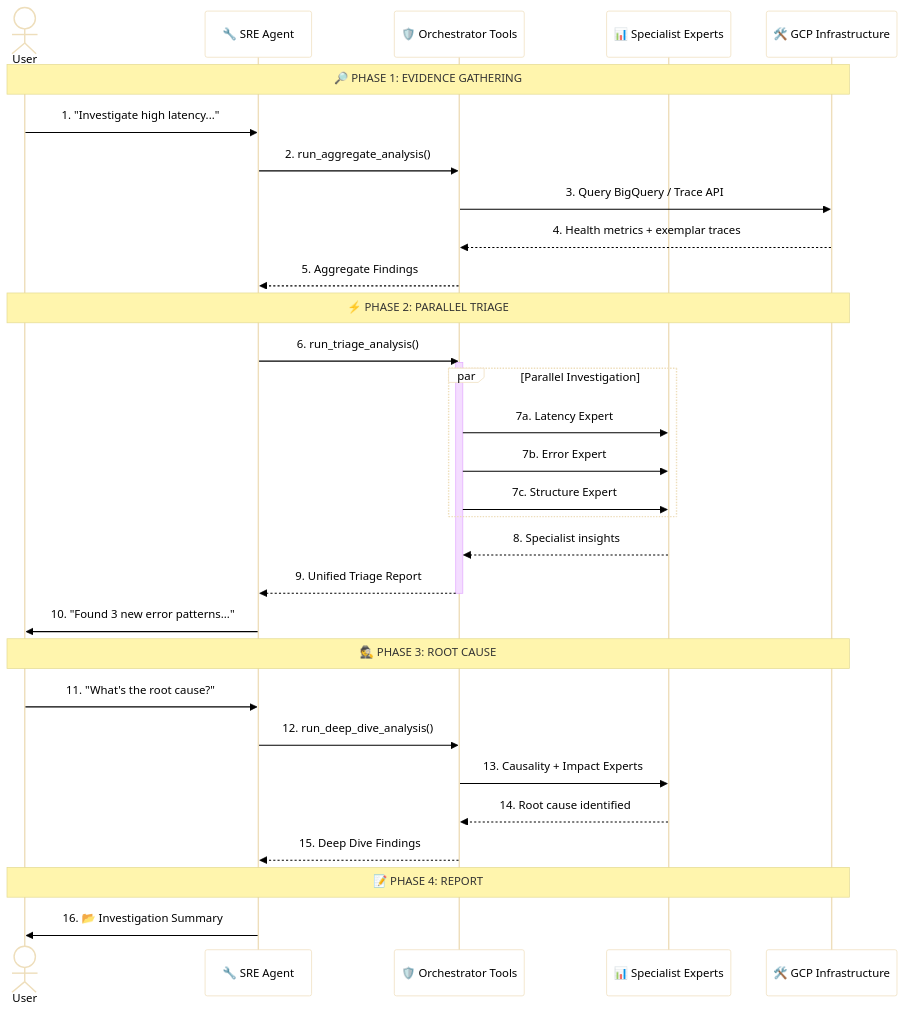
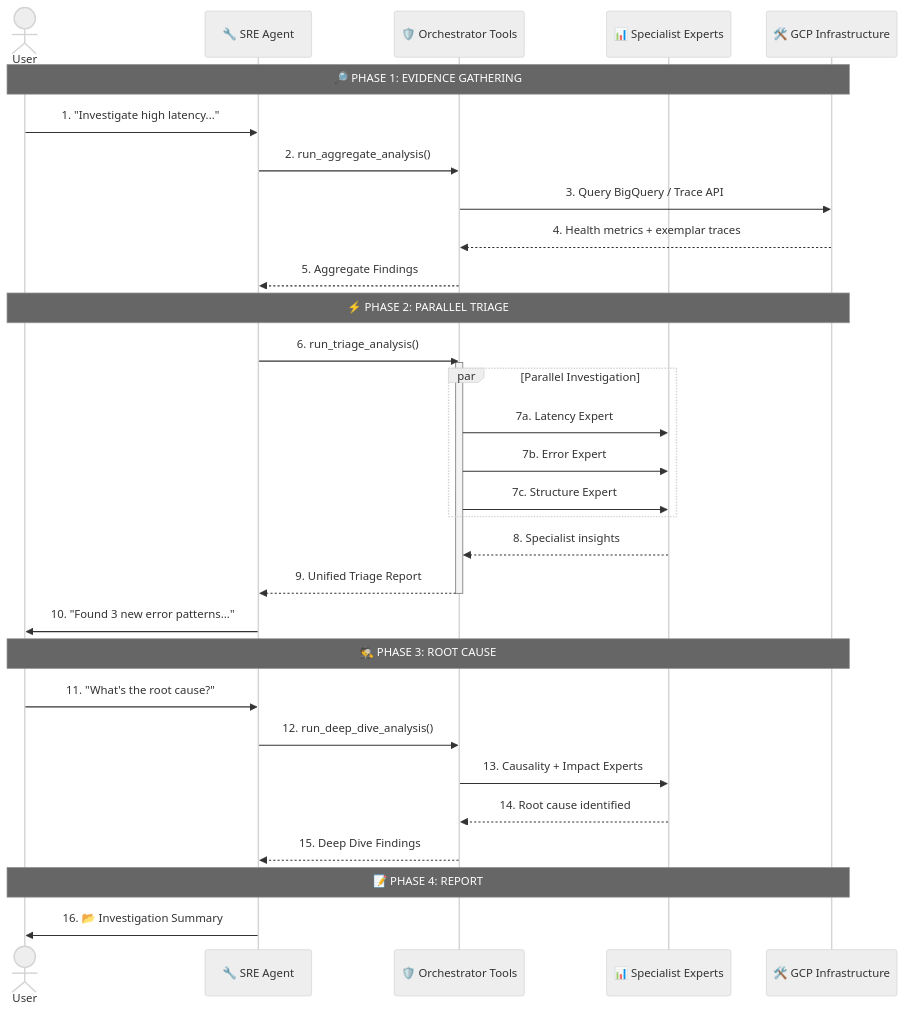
Before and after one commit to srtux/trace_analyzer: the second of 2 diagrams in README.md, drawn with Mermaid. The commit also changed other lines of this file, not shown here.

Commit message:
Update Mermaid diagrams to use neutral theme for better visibility

````diff
--- a/README.md
+++ b/README.md
@@ -107,44 +96,44 @@
 ```mermaid
-%%{init: {'theme': 'base', 'themeVariables': {'darkMode': false, 'background': '#ffffff', 'mainBkg': '#ffffff', 'fontFamily': 'arial', 'fontSize': '16px', 'textColor': '#000000', 'primaryTextColor': '#000000'}}}%%
+%%{init: {'theme': 'neutral'}}%%
 sequenceDiagram
     actor User
     participant SRE as 🔧 SRE Agent
     participant Orch as 🛡️ Orchestrator Tools
     participant Expert as 📊 Specialist Experts
     participant Tools as 🛠️ GCP Infrastructure
 
     Note over User, Tools: 🔎 PHASE 1: EVIDENCE GATHERING
 
     User->>SRE: 1. "Investigate high latency..."
     SRE->>Orch: 2. run_aggregate_analysis()
     Orch->>Tools: 3. Query BigQuery / Trace API
     Tools-->>Orch: 4. Health metrics + exemplar traces
     Orch-->>SRE: 5. Aggregate Findings
 
     Note over User, Tools: ⚡ PHASE 2: PARALLEL TRIAGE
 
     SRE->>Orch: 6. run_triage_analysis()
     activate Orch
     par Parallel Investigation
         Orch->>Expert: 7a. Latency Expert
         Orch->>Expert: 7b. Error Expert
         Orch->>Expert: 7c. Structure Expert
     end
     Expert-->>Orch: 8. Specialist insights
     Orch-->>SRE: 9. Unified Triage Report
     deactivate Orch
 
     SRE->>User: 10. "Found 3 new error patterns..."
 
     Note over User, Tools: 🕵️ PHASE 3: ROOT CAUSE
 
     User->>SRE: 11. "What's the root cause?"
     SRE->>Orch: 12. run_deep_dive_analysis()
     Orch->>Expert: 13. Causality + Impact Experts
     Expert-->>Orch: 14. Root cause identified
     Orch-->>SRE: 15. Deep Dive Findings
 
     Note over User, Tools: 📝 PHASE 4: REPORT
 
     SRE->>User: 16. 📂 Investigation Summary
 ```
````
